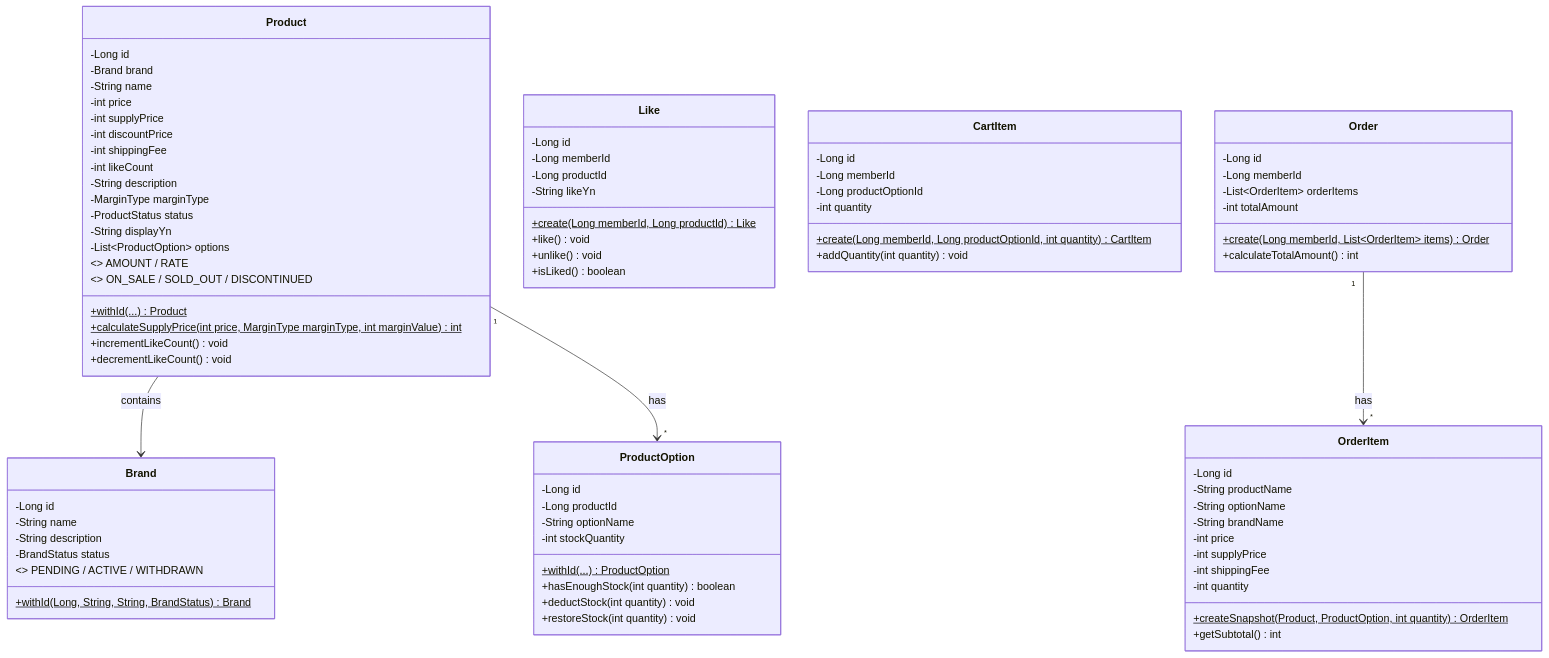
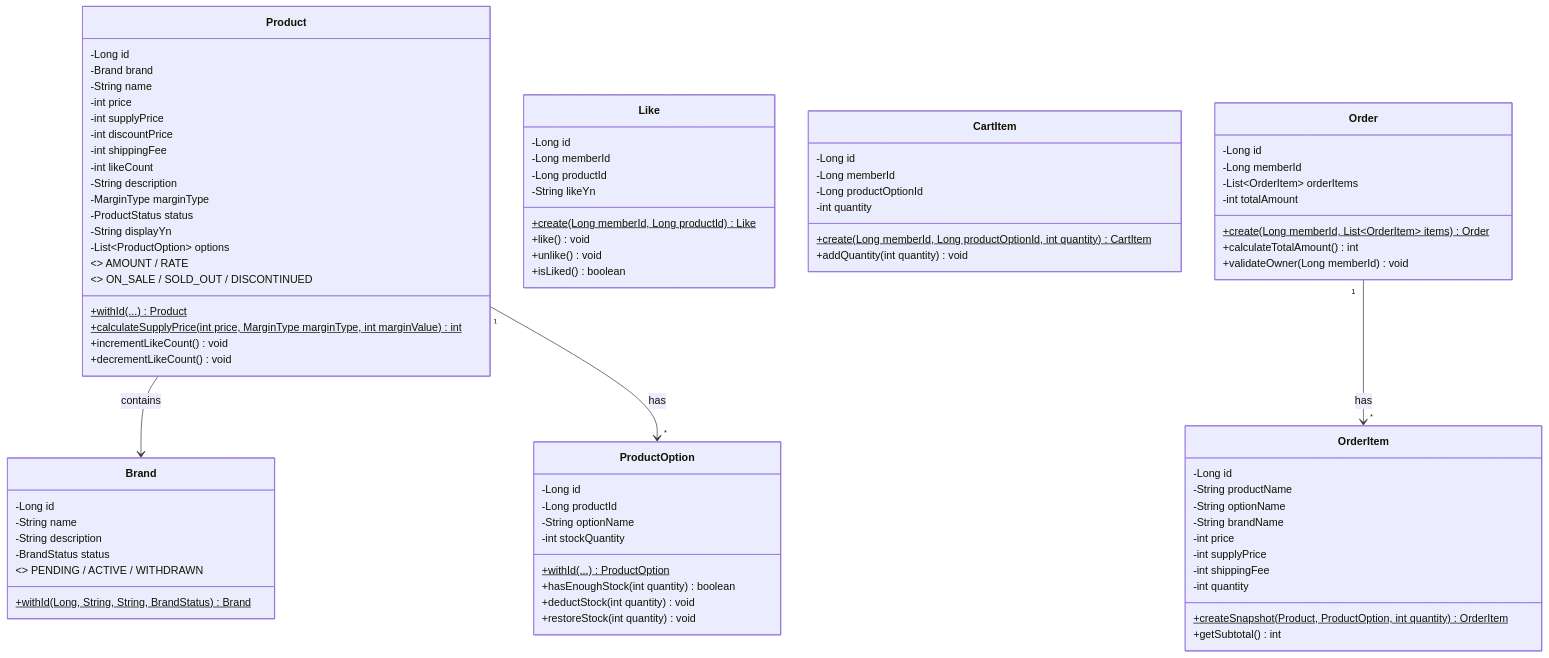
Before and after one commit to jsj1215/loop-pack-be-l2-vol3-java: the second of 7 diagrams in docs/design/03-class-diagram.md, drawn with Mermaid. The commit also changed 3 other files, not shown here.

```diff
--- a/docs/design/03-class-diagram.md
+++ b/docs/design/03-class-diagram.md
@@ -144,6 +144,7 @@
         -int totalAmount
         +create(Long memberId, List~OrderItem~ items) Order$
         +calculateTotalAmount() int
+        +validateOwner(Long memberId) void
     }
 
     class OrderItem {
```
